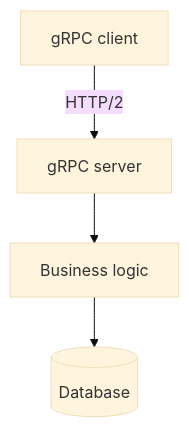
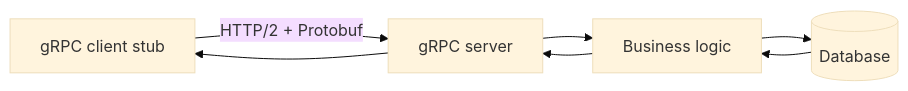
One commit to hareramcse/SystemDesign changed the fifth of 28 diagrams in 07-api-design/README.md. Above: the diagram before and after it, drawn with Mermaid (base theme). The commit also changed other lines of this file and 14 other files, not shown here.

````diff
--- a/07-api-design/README.md
+++ b/07-api-design/README.md
@@ -574,6 +442,9 @@
 ```mermaid
-flowchart TB
-    C[gRPC client] -->|HTTP/2| S[gRPC server]
+flowchart LR
+    C[gRPC client stub] -->|HTTP/2 + Protobuf| S[gRPC server]
     S --> BL[Business logic]
     BL --> DB[(Database)]
+    DB --> BL
+    BL --> S
+    S --> C
 ```
````
